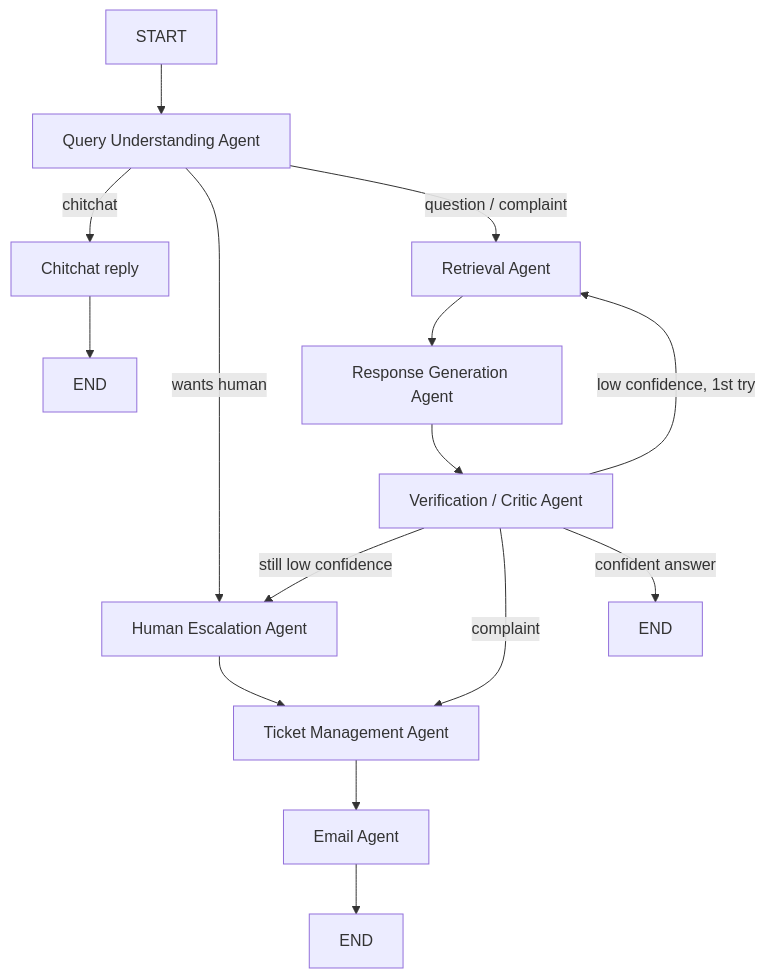
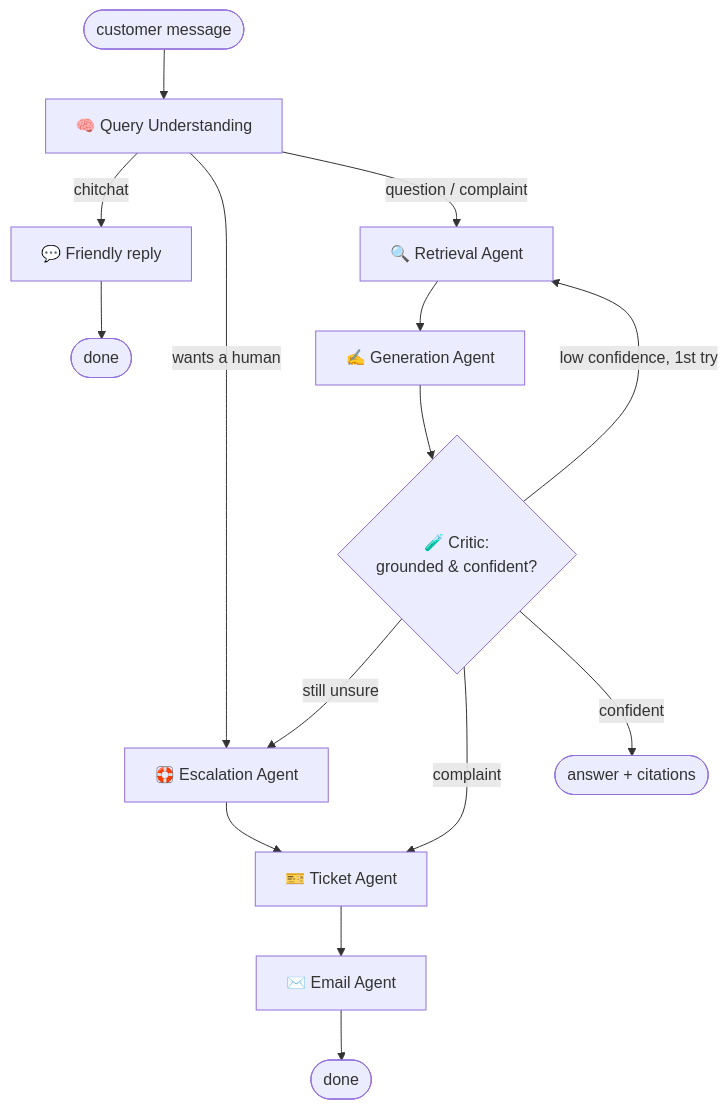
The diagram in README.md (maryam-sarfraz1/Customer_support_agent), drawn with Mermaid before and after one commit. The commit also changed other lines of this file, not shown here.

Commit message:
Redesign README with badges, workflow diagram, and structured sections

````diff
--- a/README.md
+++ b/README.md
@@ -41,15 +46,15 @@
 ```mermaid
 graph TD
-    START --> U[Query Understanding Agent]
-    U -->|chitchat| C[Chitchat reply] --> E1[END]
-    U -->|wants human| H[Human Escalation Agent]
-    U -->|question / complaint| R[Retrieval Agent]
-    R --> G[Response Generation Agent]
-    G --> V[Verification / Critic Agent]
+    START([customer message]) --> U[🧠 Query Understanding]
+    U -->|chitchat| C[💬 Friendly reply] --> E1([done])
+    U -->|wants a human| H[🛟 Escalation Agent]
+    U -->|question / complaint| R[🔍 Retrieval Agent]
+    R --> G[✍️ Generation Agent]
+    G --> V{🧪 Critic:<br>grounded & confident?}
     V -->|low confidence, 1st try| R
-    V -->|still low confidence| H
-    V -->|complaint| T[Ticket Management Agent]
-    V -->|confident answer| E2[END]
+    V -->|still unsure| H
+    V -->|complaint| T[🎫 Ticket Agent]
+    V -->|confident| E2([answer + citations])
     H --> T
-    T --> M[Email Agent] --> E3[END]
+    T --> M[✉️ Email Agent] --> E3([done])
 ```
````
